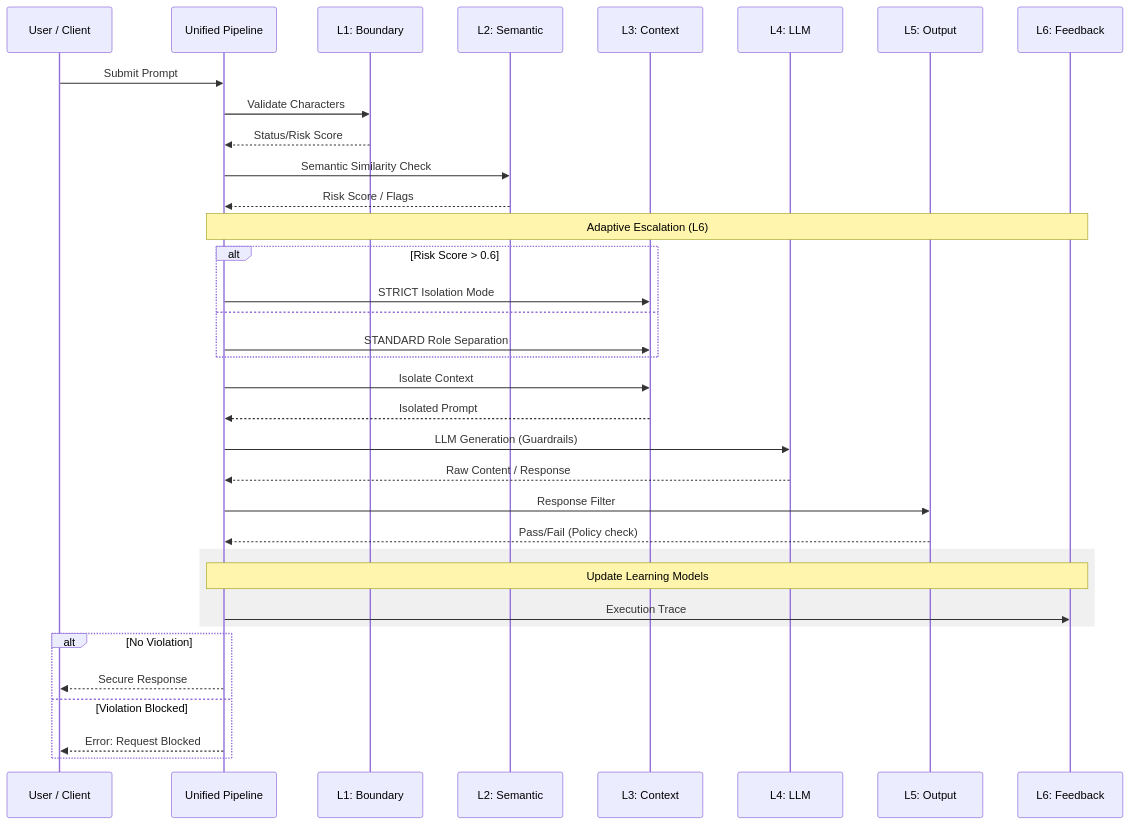
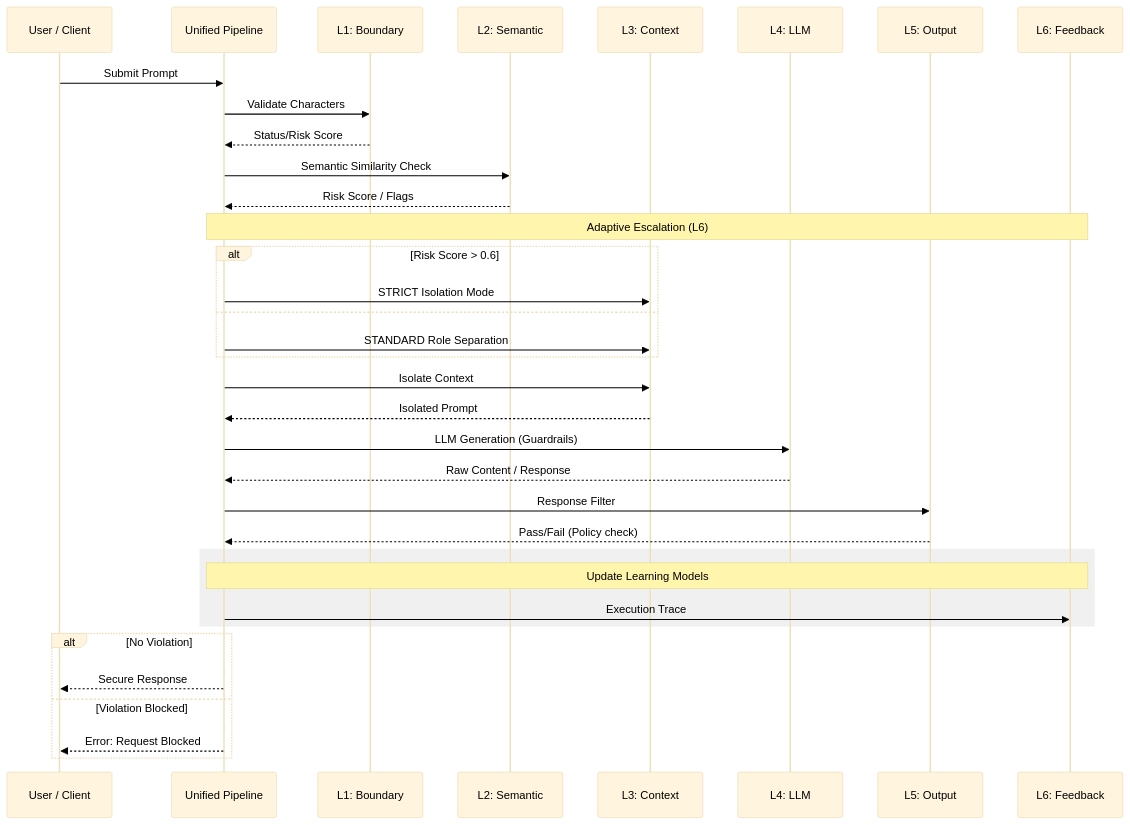
Before and after one commit to ArindamTripathi619/prompt-injection-experiments: the diagram in DOCS/data_flow.md, drawn with Mermaid. The commit also changed 2 other files, not shown here.

Commit message:
fix: apply high-contrast themes to all Mermaid diagrams for better readability

````diff
--- a/DOCS/data_flow.md
+++ b/DOCS/data_flow.md
@@ -9,45 +9,46 @@
 ```mermaid
+%%{init: {'theme': 'base', 'themeVariables': { 'primaryTextColor': '#000', 'noteTextColor': '#000', 'actorTextColor': '#000', 'lineColor': '#000' }}}%%
 sequenceDiagram
     participant U as User / Client
     participant P as Unified Pipeline
     participant L1 as L1: Boundary
     participant L2 as L2: Semantic
     participant L3 as L3: Context
     participant L4 as L4: LLM
     participant L5 as L5: Output
     participant L6 as L6: Feedback
 
     U->>P: Submit Prompt
     P->>L1: Validate Characters
     L1-->>P: Status/Risk Score
 
     P->>L2: Semantic Similarity Check
     L2-->>P: Risk Score / Flags
 
     Note over P, L6: Adaptive Escalation (L6)
     alt Risk Score > 0.6
         P->>L3: STRICT Isolation Mode
     else
         P->>L3: STANDARD Role Separation
     end
 
     P->>L3: Isolate Context
     L3-->>P: Isolated Prompt
 
     P->>L4: LLM Generation (Guardrails)
     L4-->>P: Raw Content / Response
 
     P->>L5: Response Filter
     L5-->>P: Pass/Fail (Policy check)
 
     rect rgb(240, 240, 240)
     Note over P, L6: Update Learning Models
     P->>L6: Execution Trace
     end
 
     alt No Violation
         P-->>U: Secure Response
     else Violation Blocked
         P-->>U: Error: Request Blocked
     end
 ```
````
